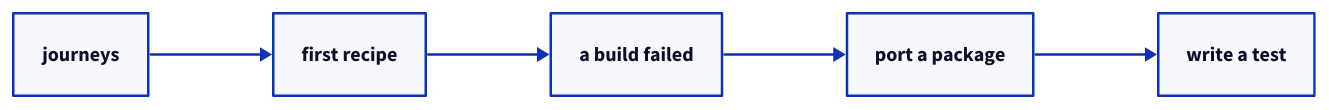
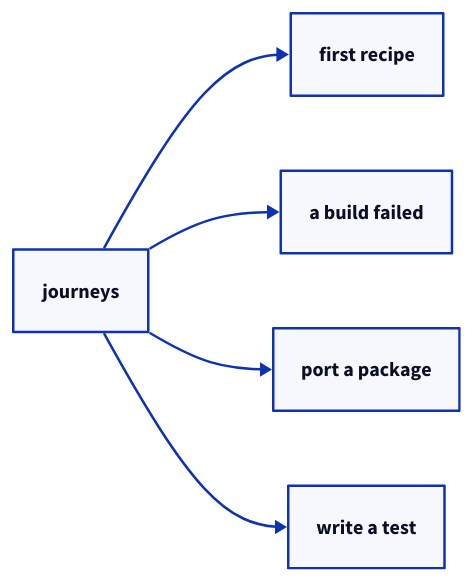
The diagram in source/_static/diagrams/journeys-2.d2 (HaoZeke/what-easybuild-is-doing), drawn with D2 before and after one commit. The commit also changed 31 other files, not shown here.

```diff
--- a/source/_static/diagrams/journeys-2.d2
+++ b/source/_static/diagrams/journeys-2.d2
@@ -1,10 +1,10 @@
 direction: right
 n0: "journeys"
 n1: "first recipe"
 n2: "a build failed"
 n3: "port a package"
 n4: "write a test"
 n0 -> n1
-n1 -> n2
-n2 -> n3
-n3 -> n4
+n0 -> n2
+n0 -> n3
+n0 -> n4
```
